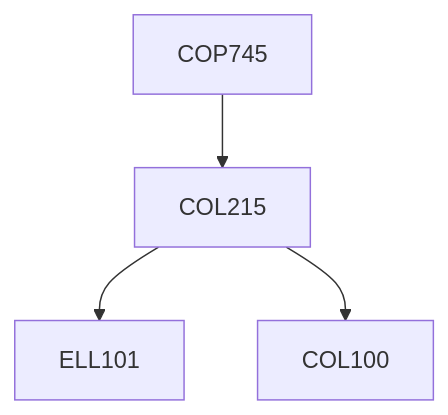
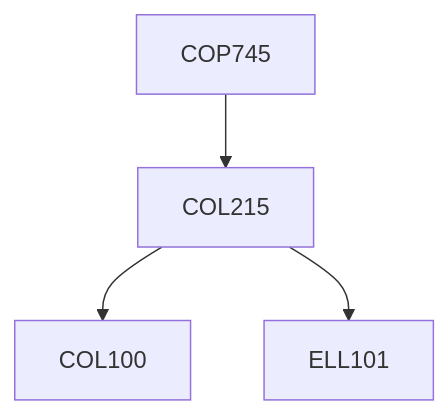
The diagram in content/Computer Science and Engineering/COP745.md (KeshavBansal0122/CoS_Website), drawn with Mermaid before and after one commit. The commit also changed other lines of this file and 392 other files, not shown here.

````diff
--- a/content/Computer Science and Engineering/COP745.md
+++ b/content/Computer Science and Engineering/COP745.md
@@ -13,10 +13,10 @@
 ```mermaid
 flowchart TD
 COP745-247[COP745]
+COL215-247 --> COL100-247[COL100]
 COL215-247 --> ELL101-247[ELL101]
-COL215-247 --> COL100-247[COL100]
 COP745-247 --> COL215-247[COL215]
 
 classDef empty height:17px, fill:transparent, stroke:transparent;
 classDef trueEmpty height:0px, width:0px;
 ```
````
